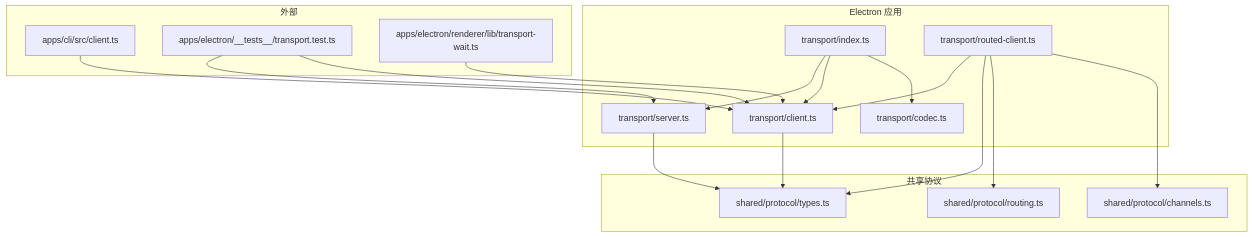
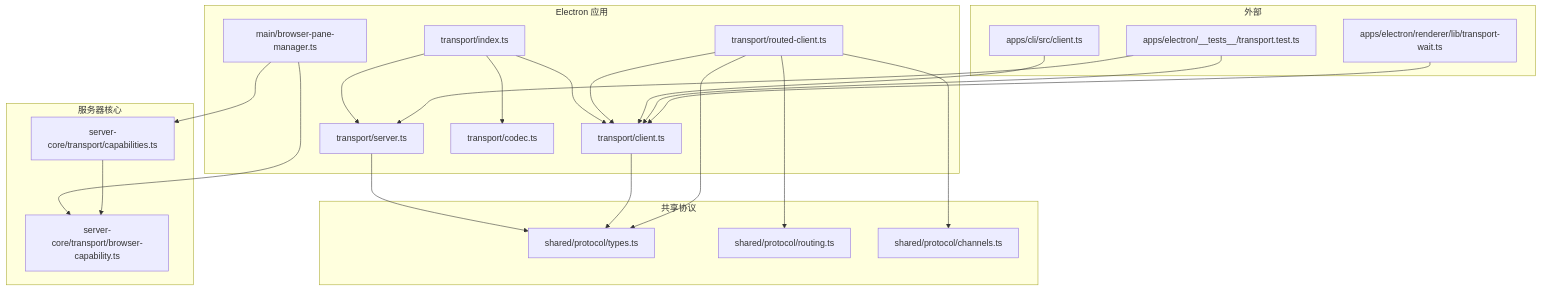
Before and after one commit to haolange/craft-agents-oss: the first of 7 diagrams in .qoder/repowiki/zh/content/服务器架构/服务器核心/传输层.md, drawn with Mermaid. The commit also changed other lines of this file and 5 other files, not shown here.

````diff
--- a/.qoder/repowiki/zh/content/服务器架构/服务器核心/传输层.md
+++ b/.qoder/repowiki/zh/content/服务器架构/服务器核心/传输层.md
@@ -52,33 +71,41 @@
 ```mermaid
 graph TB
 subgraph "Electron 应用"
 TIndex["transport/index.ts"]
 TServer["transport/server.ts"]
 TClient["transport/client.ts"]
 TCodec["transport/codec.ts"]
 TRClient["transport/routed-client.ts"]
+BBridge["main/browser-pane-manager.ts"]
 end
 subgraph "共享协议"
 PTypes["shared/protocol/types.ts"]
 PRouting["shared/protocol/routing.ts"]
 PChannels["shared/protocol/channels.ts"]
+end
+subgraph "服务器核心"
+PCapabilities["server-core/transport/capabilities.ts"]
+PBrowserCap["server-core/transport/browser-capability.ts"]
 end
 subgraph "外部"
 CLI["apps/cli/src/client.ts"]
 Tests["apps/electron/__tests__/transport.test.ts"]
 Wait["apps/electron/renderer/lib/transport-wait.ts"]
 end
 TIndex --> TServer
 TIndex --> TClient
 TIndex --> TCodec
 TRClient --> TClient
 TServer --> PTypes
 TClient --> PTypes
 TRClient --> PTypes
 TRClient --> PRouting
 TRClient --> PChannels
 CLI --> TClient
 Tests --> TServer
 Tests --> TClient
 Wait --> TClient
+BBridge --> PCapabilities
+BBridge --> PBrowserCap
+PCapabilities --> PBrowserCap
 ```
````
